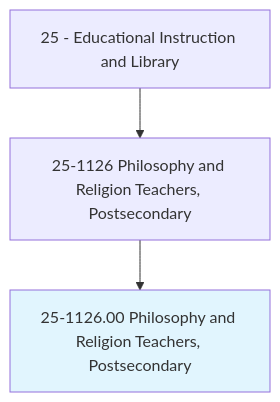
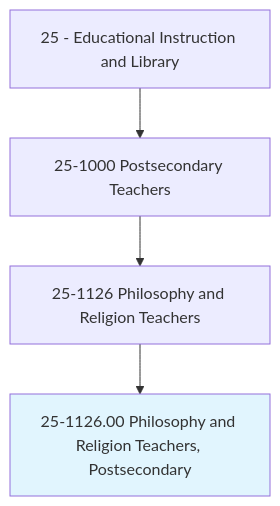
The first of 4 diagrams in occupations/Education/PhilosophyAndReligionTeachersPostsecondary.mdx (kziemski/business.org.ai), drawn with Mermaid before and after one commit. The commit also changed other lines of this file and 938 other files, not shown here.

````diff
--- a/occupations/Education/PhilosophyAndReligionTeachersPostsecondary.mdx
+++ b/occupations/Education/PhilosophyAndReligionTeachersPostsecondary.mdx
@@ -19,6 +23,7 @@
 ```mermaid
 graph TD
-    Cat25["25 - Educational Instruction and Library"] --> Group251126["25-1126 Philosophy and Religion Teachers, Postsecondary"]
+    Cat25["25 - Educational Instruction and Library"] --> Group251["25-1000 Postsecondary Teachers"]
+    Group251 --> Group251126["25-1126 Philosophy and Religion Teachers"]
     Group251126 --> Current["25-1126.00 Philosophy and Religion Teachers, Postsecondary"]
     style Current fill:#e1f5fe
 ```
````
